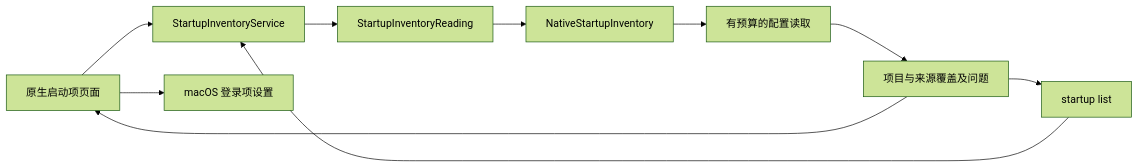
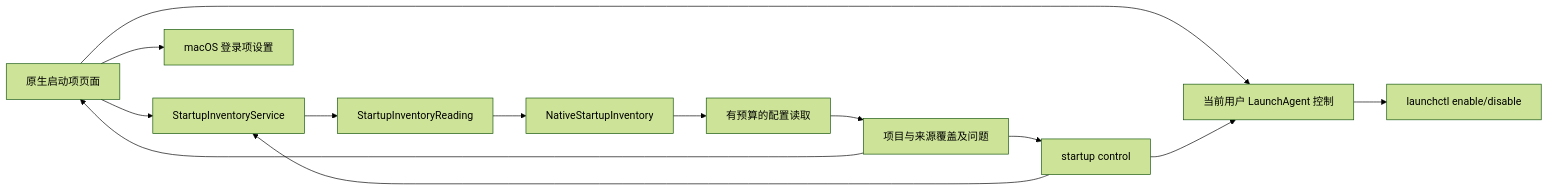
Before and after one commit to limecloud/shou: the diagram in docs/zh-CN/product/startup-items.md, drawn with Mermaid (forest theme). The commit also changed other lines of this file and 59 other files, not shown here.

````diff
--- a/docs/zh-CN/product/startup-items.md
+++ b/docs/zh-CN/product/startup-items.md
@@ -29,12 +29,15 @@
 ```mermaid
 flowchart LR
     UI[原生启动项页面] --> Service[StartupInventoryService]
     CLI[startup list] --> Service
     Service --> Port[StartupInventoryReading]
     Port --> Mac[NativeStartupInventory]
     Mac --> Files[有预算的配置读取]
     Files --> Report[项目与来源覆盖及问题]
     Report --> UI
     Report --> CLI
     UI --> Settings[macOS 登录项设置]
+    UI --> Control[当前用户 LaunchAgent 控制]
+    CLI[startup control] --> Control
+    Control --> Launchctl[launchctl enable/disable]
 ```
````
